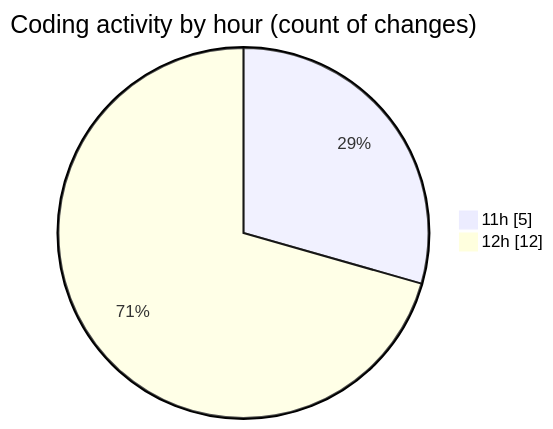
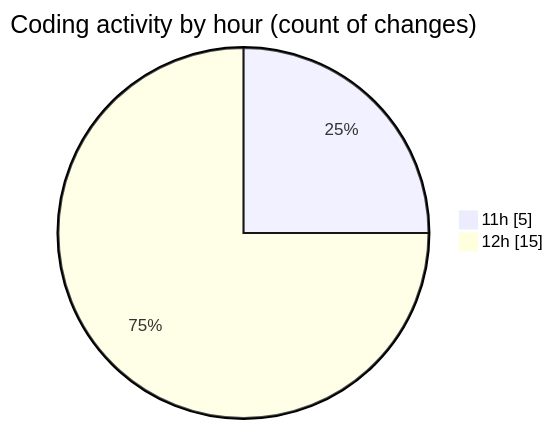
One commit to nxtqubesakshisongat/code-tracking changed the second of 2 diagrams in 2026-01-21/nxtqube_webapp/README.md. Above: the diagram before and after it, drawn with Mermaid. The commit also changed other lines of this file and 1 other file, not shown here.

````diff
--- a/2026-01-21/nxtqube_webapp/README.md
+++ b/2026-01-21/nxtqube_webapp/README.md
@@ -37,6 +38,6 @@
 ```mermaid
 pie showData
 title Coding activity by hour (count of changes)
 "11h" : 5
-"12h" : 12
+"12h" : 15
 ```
````
